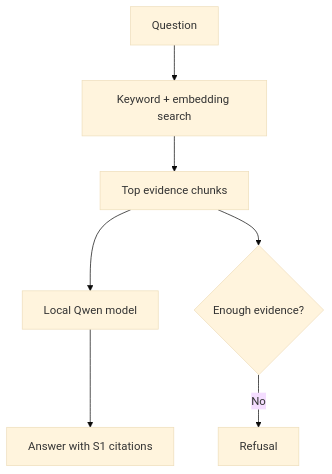
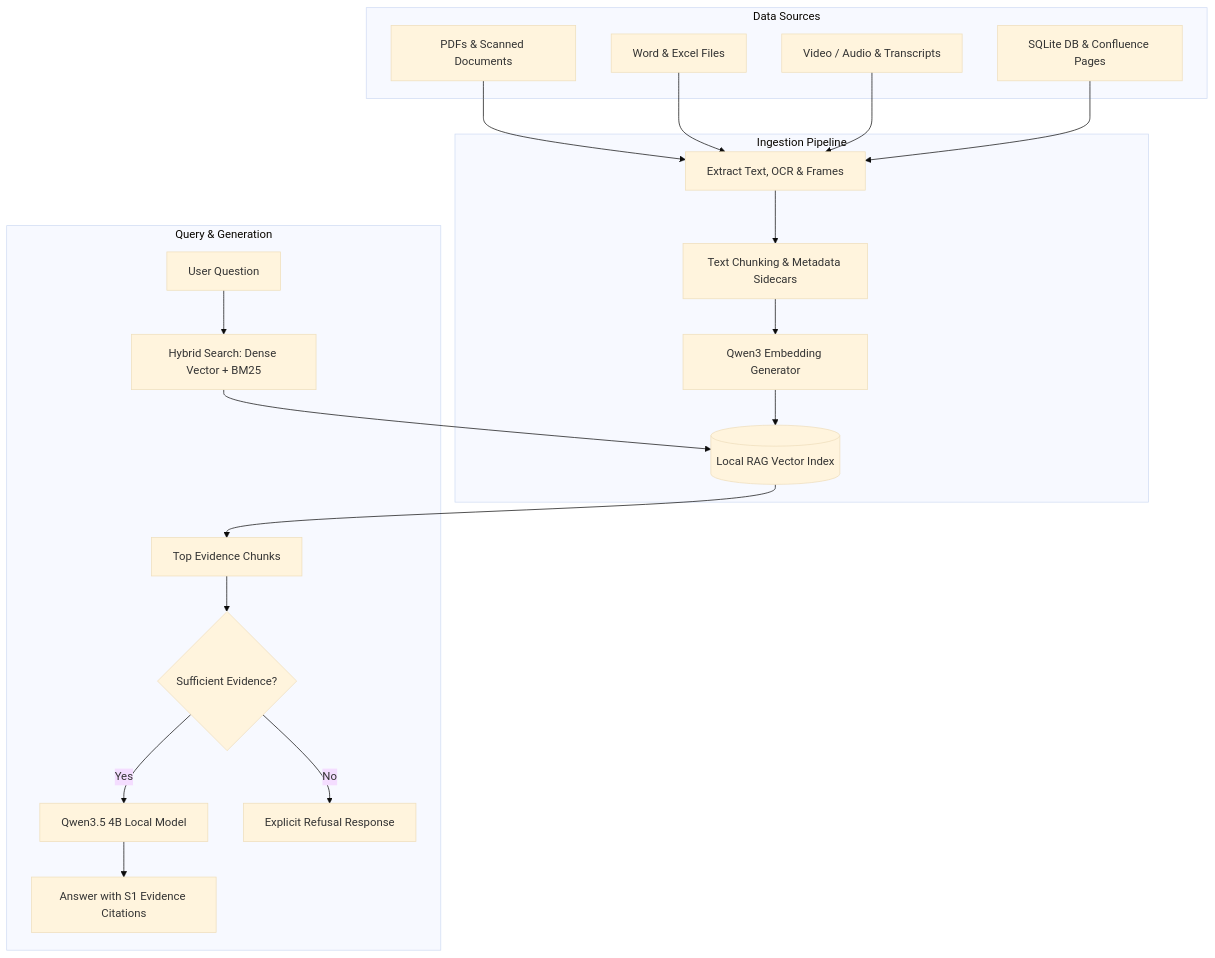
The diagram in README.md (hrshpndr747/NORTH_STAR_LOCAL_RAG_PROTOTYPE), drawn with Mermaid (base theme) before and after one commit. The commit also changed other lines of this file, not shown here.

Commit message:
Enhance README.md with comprehensive documentation, badges, and diagrams

````diff
--- a/README.md
+++ b/README.md
@@ -63,9 +29,29 @@
 ```mermaid
 flowchart TD
-    A[Question] --> B[Keyword + embedding search]
-    B --> C[Top evidence chunks]
-    C --> D[Local Qwen model]
-    D --> E[Answer with S1 citations]
-    C --> F{Enough evidence?}
-    F -- No --> G[Refusal]
+    subgraph Data Sources
+        A1[PDFs & Scanned Documents]
+        A2[Word & Excel Files]
+        A3[Video / Audio & Transcripts]
+        A4[SQLite DB & Confluence Pages]
+    end
+
+    subgraph Ingestion Pipeline
+        B1[Extract Text, OCR & Frames] --> B2[Text Chunking & Metadata Sidecars]
+        B2 --> B3[Qwen3 Embedding Generator]
+        B3 --> B4[(Local RAG Vector Index)]
+    end
+
+    subgraph Query & Generation
+        C1[User Question] --> C2[Hybrid Search: Dense Vector + BM25]
+        C2 --> B4
+        B4 --> C3[Top Evidence Chunks]
+        C3 --> C4{Sufficient Evidence?}
+        C4 -- Yes --> C5[Qwen3.5 4B Local Model] --> C6[Answer with S1 Evidence Citations]
+        C4 -- No --> C7[Explicit Refusal Response]
+    end
+
+    A1 --> B1
+    A2 --> B1
+    A3 --> B1
+    A4 --> B1
 ```
````
